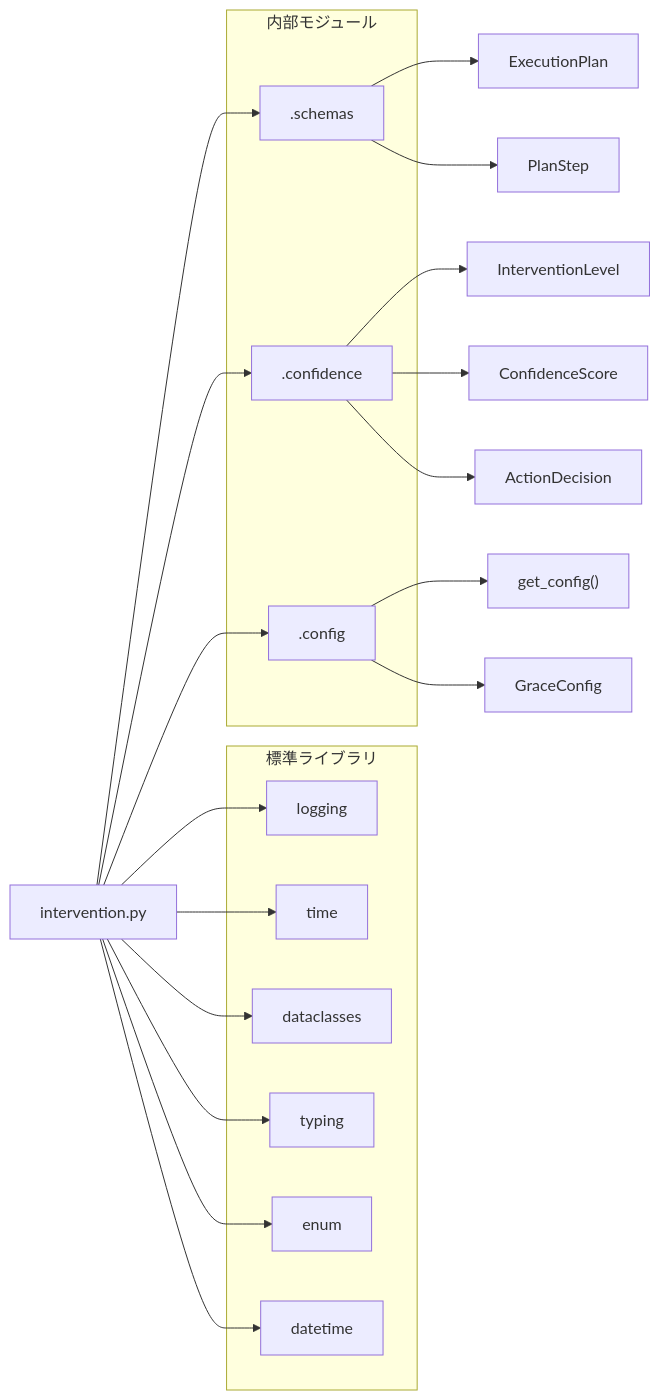
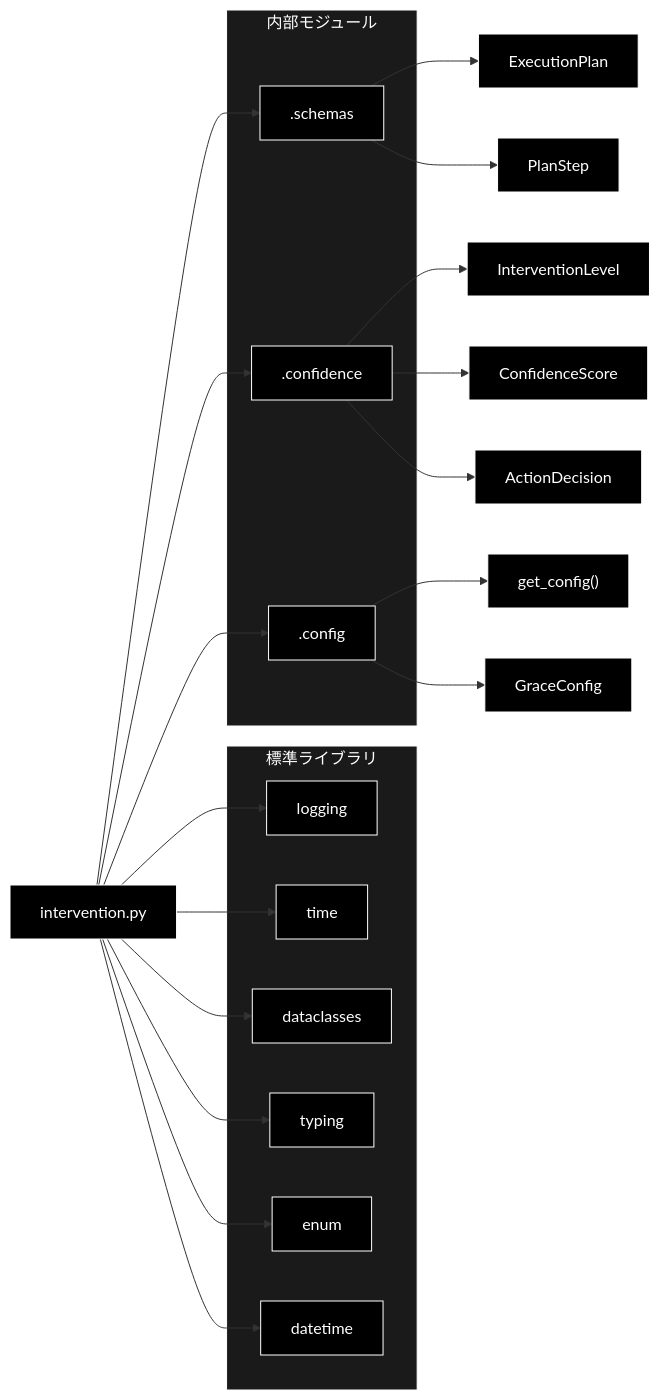
Before and after one commit to nakashima2toshio/anthropic_grace_agent_v2: the third of 3 diagrams in grace/doc/intervention.md, drawn with Mermaid. The commit also changed other lines of this file and 9 other files, not shown here.

````diff
--- a/grace/doc/intervention.md
+++ b/grace/doc/intervention.md
@@ -1276,37 +1473,42 @@
 ```mermaid
 flowchart LR
-    INTERVENTION[intervention.py]
+    INTERVENTION["intervention.py"]
 
     subgraph STDLIB["標準ライブラリ"]
-        LOGGING[logging]
-        TIME[time]
-        DATACLASSES[dataclasses]
-        TYPING[typing]
-        ENUM_LIB[enum]
-        DATETIME[datetime]
+        LOGGING["logging"]
+        TIME["time"]
+        DATACLASSES["dataclasses"]
+        TYPING["typing"]
+        ENUM_LIB["enum"]
+        DATETIME["datetime"]
     end
 
     subgraph INTERNAL["内部モジュール"]
         SCHEMAS[".schemas"]
         CONFIDENCE[".confidence"]
         CONFIG[".config"]
     end
 
     INTERVENTION --> LOGGING
     INTERVENTION --> TIME
     INTERVENTION --> DATACLASSES
     INTERVENTION --> TYPING
     INTERVENTION --> ENUM_LIB
     INTERVENTION --> DATETIME
     INTERVENTION --> SCHEMAS
     INTERVENTION --> CONFIDENCE
     INTERVENTION --> CONFIG
 
-    SCHEMAS --> S1[ExecutionPlan]
-    SCHEMAS --> S2[PlanStep]
-    CONFIDENCE --> C1[InterventionLevel]
-    CONFIDENCE --> C2[ConfidenceScore]
-    CONFIDENCE --> C3[ActionDecision]
+    SCHEMAS --> S1["ExecutionPlan"]
+    SCHEMAS --> S2["PlanStep"]
+    CONFIDENCE --> C1["InterventionLevel"]
+    CONFIDENCE --> C2["ConfidenceScore"]
+    CONFIDENCE --> C3["ActionDecision"]
     CONFIG --> CF1["get_config()"]
-    CONFIG --> CF2[GraceConfig]
+    CONFIG --> CF2["GraceConfig"]
+classDef default fill:#000,stroke:#fff,color:#fff
+classDef subgraphStyle fill:#1a1a1a,stroke:#fff,color:#fff
+class INTERVENTION,LOGGING,TIME,DATACLASSES,TYPING,ENUM_LIB,DATETIME,SCHEMAS,CONFIDENCE,CONFIG,S1,S2,C1,C2,C3,CF1,CF2 default
+style STDLIB fill:#1a1a1a,stroke:#fff,color:#fff
+style INTERNAL fill:#1a1a1a,stroke:#fff,color:#fff
 ```
````
